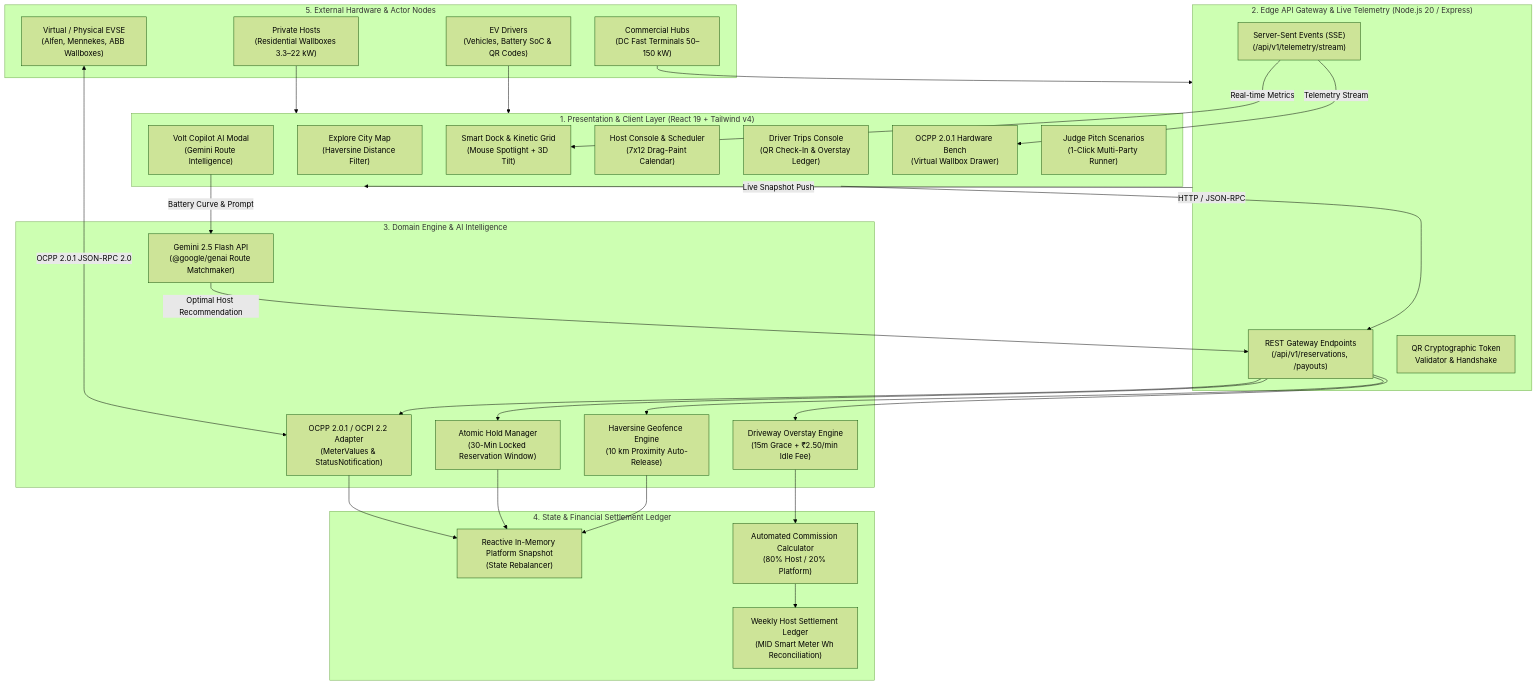
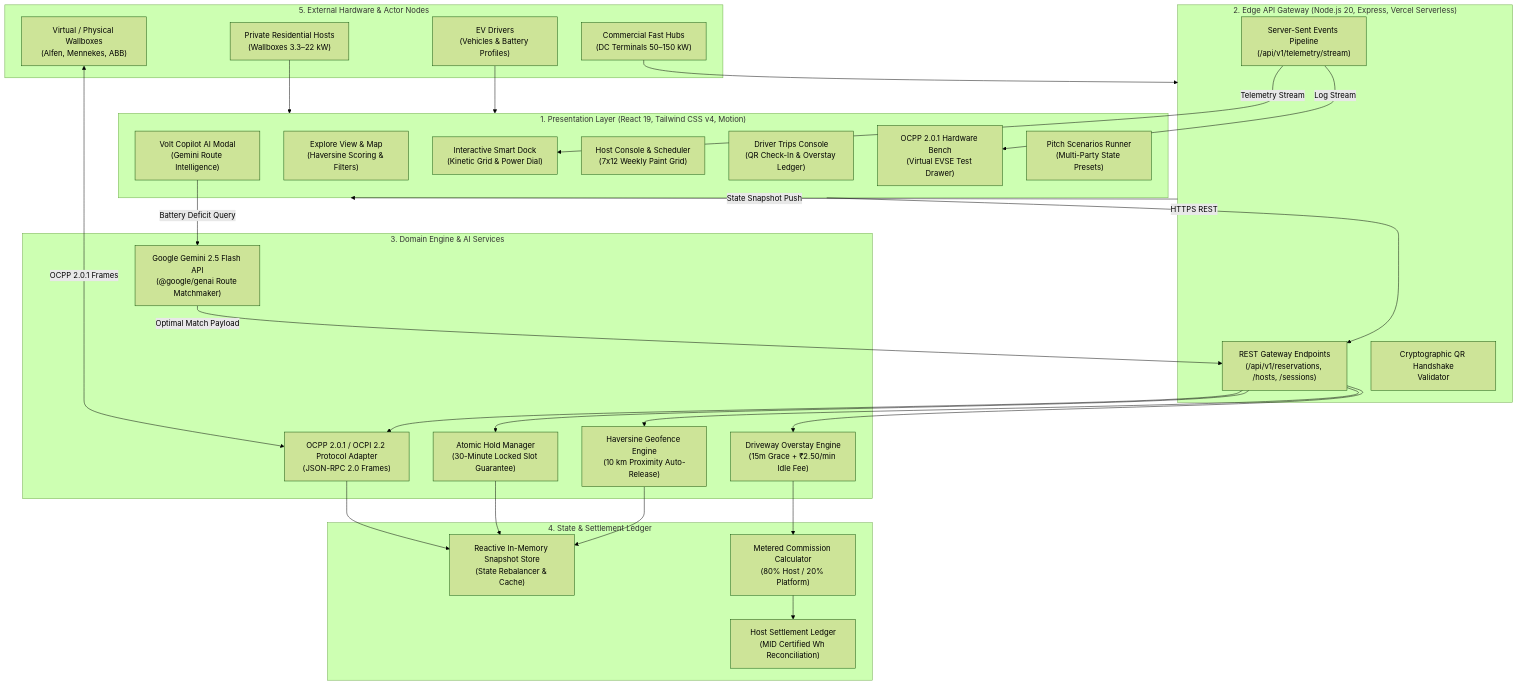
The diagram in README.md (Imafrah/Volt-Garage), drawn with Mermaid (forest theme) before and after one commit. The commit also changed other lines of this file, not shown here.

Commit message:
docs: clean up README tone, remove emojis, update Mermaid architecture, and add team ownership matrix

````diff
--- a/README.md
+++ b/README.md
@@ -25,66 +31,62 @@
 ```mermaid
 flowchart TD
-    subgraph Clients["1. Presentation & Client Layer (React 19 + Tailwind v4)"]
-        UI_Hero["Smart Dock & Kinetic Grid\n(Mouse Spotlight + 3D Tilt)"]
-        UI_Map["Explore City Map\n(Haversine Distance Filter)"]
+    subgraph Clients["1. Presentation Layer (React 19, Tailwind CSS v4, Motion)"]
+        UI_Dock["Interactive Smart Dock\n(Kinetic Grid & Power Dial)"]
+        UI_Map["Explore View & Map\n(Haversine Scoring & Filters)"]
         UI_Copilot["Volt Copilot AI Modal\n(Gemini Route Intelligence)"]
-        UI_Host["Host Console & Scheduler\n(7x12 Drag-Paint Calendar)"]
+        UI_Host["Host Console & Scheduler\n(7x12 Weekly Paint Grid)"]
         UI_Trips["Driver Trips Console\n(QR Check-In & Overstay Ledger)"]
-        UI_Ocpp["OCPP 2.0.1 Hardware Bench\n(Virtual Wallbox Drawer)"]
-        UI_Judge["Judge Pitch Scenarios\n(1-Click Multi-Party Runner)"]
+        UI_Ocpp["OCPP 2.0.1 Hardware Bench\n(Virtual EVSE Test Drawer)"]
+        UI_Judge["Pitch Scenarios Runner\n(Multi-Party State Presets)"]
     end
 
-    subgraph Gateway["2. Edge API Gateway & Live Telemetry (Node.js 20 / Express)"]
-        API_REST["REST Gateway Endpoints\n(/api/v1/reservations, /payouts)"]
-        SSE_Stream["Server-Sent Events (SSE)\n(/api/v1/telemetry/stream)"]
-        QR_Auth["QR Cryptographic Token\nValidator & Handshake"]
+    subgraph Gateway["2. Edge API Gateway (Node.js 20, Express, Vercel Serverless)"]
+        API_REST["REST Gateway Endpoints\n(/api/v1/reservations, /hosts, /sessions)"]
+        SSE_Stream["Server-Sent Events Pipeline\n(/api/v1/telemetry/stream)"]
+        QR_Auth["Cryptographic QR Handshake\nValidator"]
     end
 
-    subgraph Intelligence["3. Domain Engine & AI Intelligence"]
-        AI_Gemini["Gemini 2.5 Flash API\n(@google/genai Route Matchmaker)"]
+    subgraph Intelligence["3. Domain Engine & AI Services"]
+        AI_Gemini["Google Gemini 2.5 Flash API\n(@google/genai Route Matchmaker)"]
         Engine_Geo["Haversine Geofence Engine\n(10 km Proximity Auto-Release)"]
-        Engine_Hold["Atomic Hold Manager\n(30-Min Locked Reservation Window)"]
+        Engine_Hold["Atomic Hold Manager\n(30-Minute Locked Slot Guarantee)"]
         Engine_Idle["Driveway Overstay Engine\n(15m Grace + ₹2.50/min Idle Fee)"]
-        Engine_Ocpp["OCPP 2.0.1 / OCPI 2.2 Adapter\n(MeterValues & StatusNotification)"]
+        Engine_Ocpp["OCPP 2.0.1 / OCPI 2.2 Protocol Adapter\n(JSON-RPC 2.0 Frames)"]
     end
 
-    subgraph StateStore["4. State & Financial Settlement Ledger"]
-        Store_Memory["Reactive In-Memory Platform Snapshot\n(State Rebalancer)"]
-        Billing_Split["Automated Commission Calculator\n(80% Host / 20% Platform)"]
-        Payout_Ledger["Weekly Host Settlement Ledger\n(MID Smart Meter Wh Reconciliation)"]
+    subgraph StateStore["4. State & Settlement Ledger"]
+        Store_Memory["Reactive In-Memory Snapshot Store\n(State Rebalancer & Cache)"]
+        Billing_Split["Metered Commission Calculator\n(80% Host / 20% Platform)"]
+        Payout_Ledger["Host Settlement Ledger\n(MID Certified Wh Reconciliation)"]
     end
 
     subgraph PhysicalWorld["5. External Hardware & Actor Nodes"]
-        Actor_Driver["EV Drivers\n(Vehicles, Battery SoC & QR Codes)"]
-        Actor_Host["Private Hosts\n(Residential Wallboxes 3.3–22 kW)"]
-        Actor_Station["Commercial Hubs\n(DC Fast Terminals 50–150 kW)"]
-        Hardware_EVSE["Virtual / Physical EVSE\n(Alfen, Mennekes, ABB Wallboxes)"]
+        Actor_Driver["EV Drivers\n(Vehicles & Battery Profiles)"]
+        Actor_Host["Private Residential Hosts\n(Wallboxes 3.3–22 kW)"]
+        Actor_Station["Commercial Fast Hubs\n(DC Terminals 50–150 kW)"]
+        Hardware_EVSE["Virtual / Physical Wallboxes\n(Alfen, Mennekes, ABB)"]
     end
 
-    %% Client to Gateway
-    Clients -->|HTTP / JSON-RPC| API_REST
-    Gateway -->|Live Snapshot Push| Clients
-    SSE_Stream -->|Real-time Metrics| UI_Hero
-    SSE_Stream -->|Telemetry Stream| UI_Ocpp
+    Clients -->|HTTPS REST| API_REST
+    Gateway -->|State Snapshot Push| Clients
+    SSE_Stream -->|Telemetry Stream| UI_Dock
+    SSE_Stream -->|Log Stream| UI_Ocpp
 
-    %% Gateway to Engines
     API_REST --> Engine_Geo
     API_REST --> Engine_Hold
     API_REST --> Engine_Idle
     API_REST --> Engine_Ocpp
-    UI_Copilot -->|Battery Curve & Prompt| AI_Gemini
-    AI_Gemini -->|Optimal Host Recommendation| API_REST
+    UI_Copilot -->|Battery Deficit Query| AI_Gemini
+    AI_Gemini -->|Optimal Match Payload| API_REST
 
-    %% Engine to Store
     Engine_Geo --> Store_Memory
     Engine_Hold --> Store_Memory
     Engine_Idle --> Billing_Split
     Engine_Ocpp --> Store_Memory
     Billing_Split --> Payout_Ledger
 
-    %% Physical World to Actors
     Actor_Driver --> Clients
     Actor_Host --> Clients
-    Hardware_EVSE <-->|OCPP 2.0.1 JSON-RPC 2.0| Engine_Ocpp
+    Hardware_EVSE <-->|OCPP 2.0.1 Frames| Engine_Ocpp
     Actor_Station --> Gateway
 ```
````
